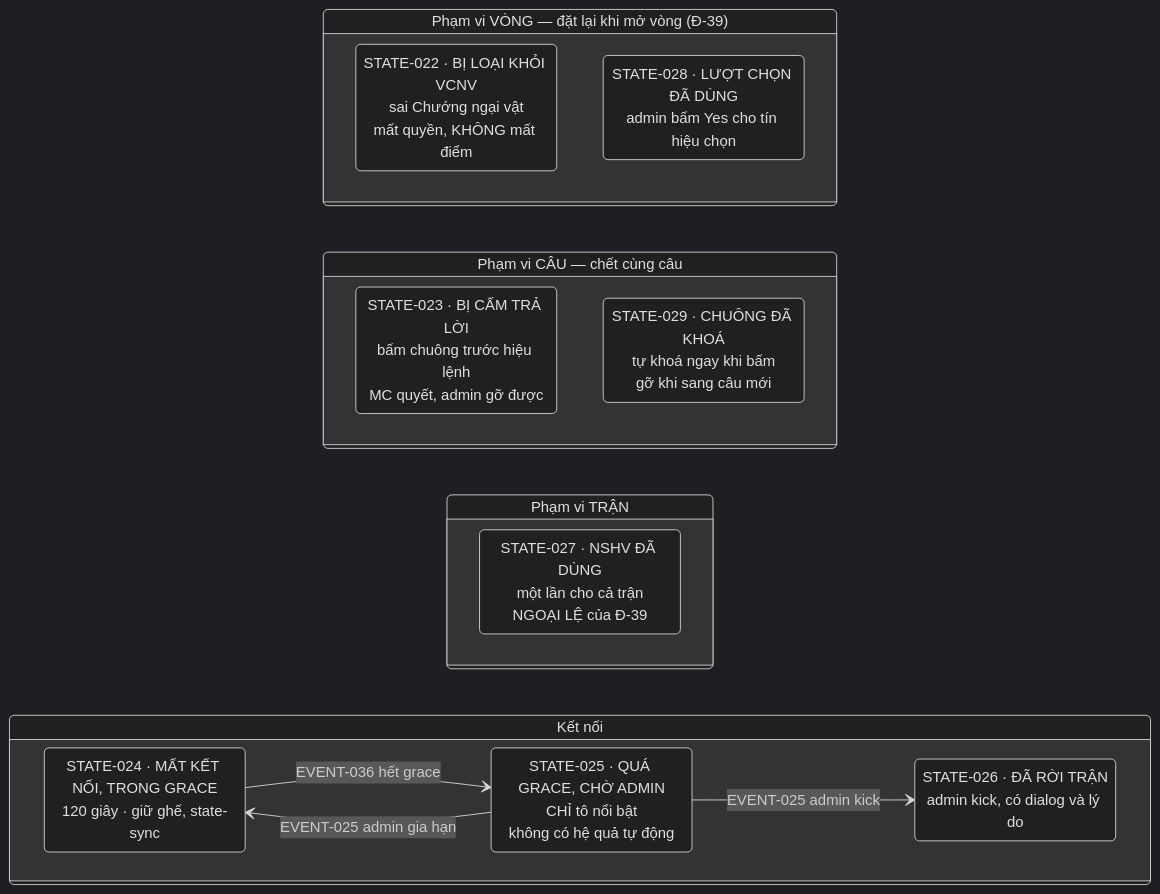
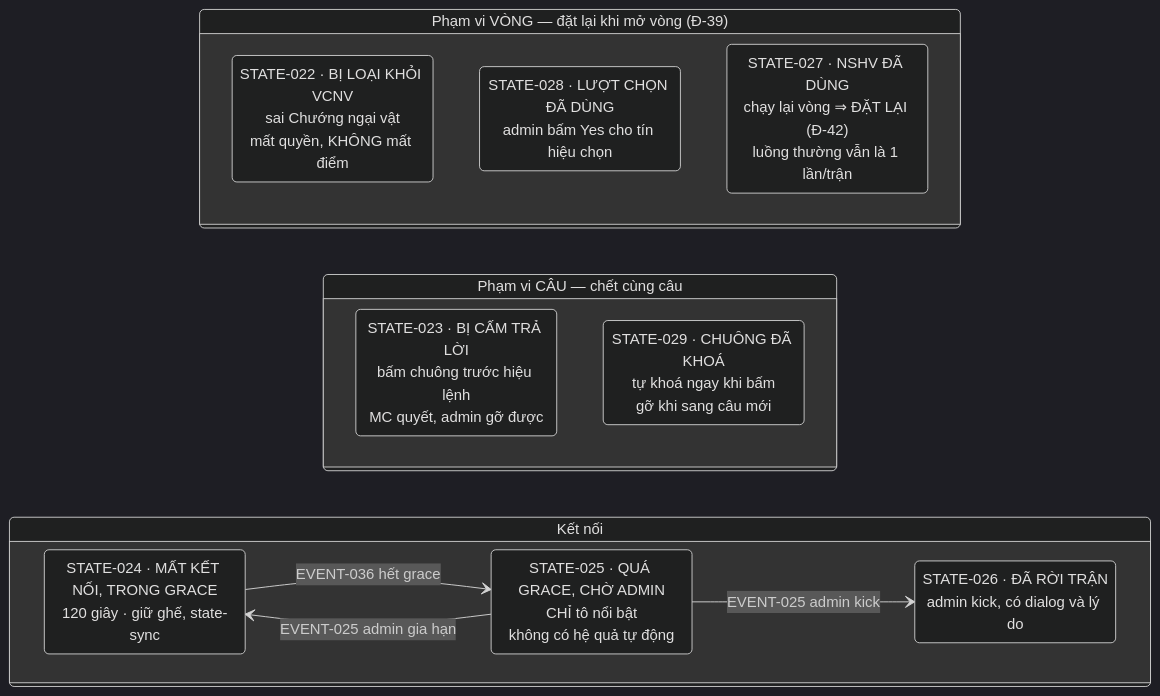
Before and after one commit to Noboroto/KnowledgeDome: the fifth of 7 diagrams in docs/game-state-machine.md, drawn with Mermaid (dark theme). The commit also changed other lines of this file and 1 other file, not shown here.

````diff
--- a/docs/game-state-machine.md
+++ b/docs/game-state-machine.md
@@ -138,24 +165,22 @@
 ```mermaid
 stateDiagram-v2
   direction LR
   state "Phạm vi VÒNG — đặt lại khi mở vòng (Đ-39)" as RS {
     S022: STATE-022 · BỊ LOẠI KHỎI VCNV<br/>sai Chướng ngại vật<br/>mất quyền, KHÔNG mất điểm
     S028: STATE-028 · LƯỢT CHỌN ĐÃ DÙNG<br/>admin bấm Yes cho tín hiệu chọn
+    S027: STATE-027 · NSHV ĐÃ DÙNG<br/>chạy lại vòng ⇒ ĐẶT LẠI (Đ-42)<br/>luồng thường vẫn là 1 lần/trận
   }
   state "Phạm vi CÂU — chết cùng câu" as QS {
     S023: STATE-023 · BỊ CẤM TRẢ LỜI<br/>bấm chuông trước hiệu lệnh<br/>MC quyết, admin gỡ được
     S029: STATE-029 · CHUÔNG ĐÃ KHOÁ<br/>tự khoá ngay khi bấm<br/>gỡ khi sang câu mới
-  }
-  state "Phạm vi TRẬN" as MS {
-    S027: STATE-027 · NSHV ĐÃ DÙNG<br/>một lần cho cả trận<br/>NGOẠI LỆ của Đ-39
   }
   state "Kết nối" as CS {
     direction LR
     S024: STATE-024 · MẤT KẾT NỐI, TRONG GRACE<br/>120 giây · giữ ghế, state-sync
     S025: STATE-025 · QUÁ GRACE, CHỜ ADMIN<br/>CHỈ tô nổi bật<br/>không có hệ quả tự động
     S026: STATE-026 · ĐÃ RỜI TRẬN<br/>admin kick, có dialog và lý do
     S024 --> S025: EVENT-036 hết grace
     S025 --> S026: EVENT-025 admin kick
     S025 --> S024: EVENT-025 admin gia hạn
   }
 ```
````
